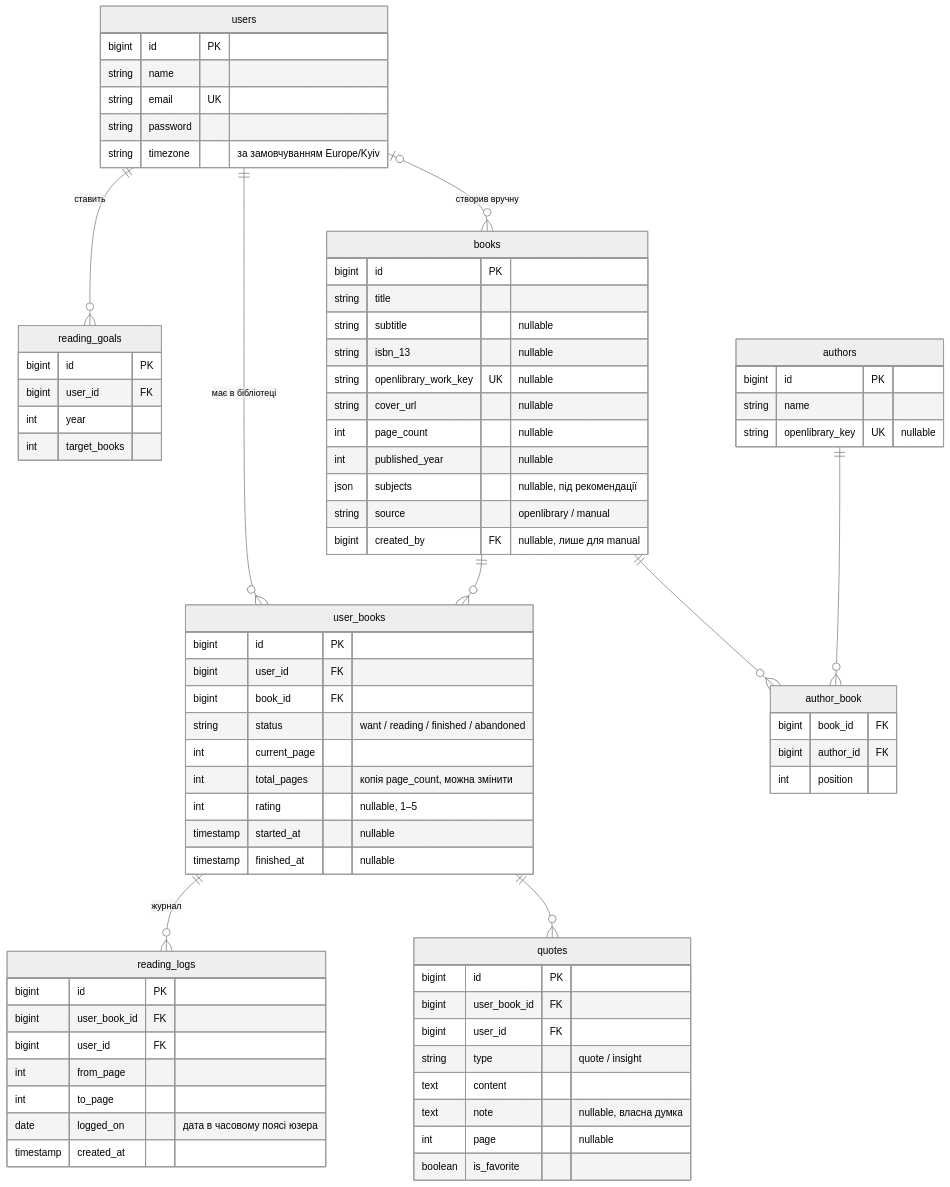
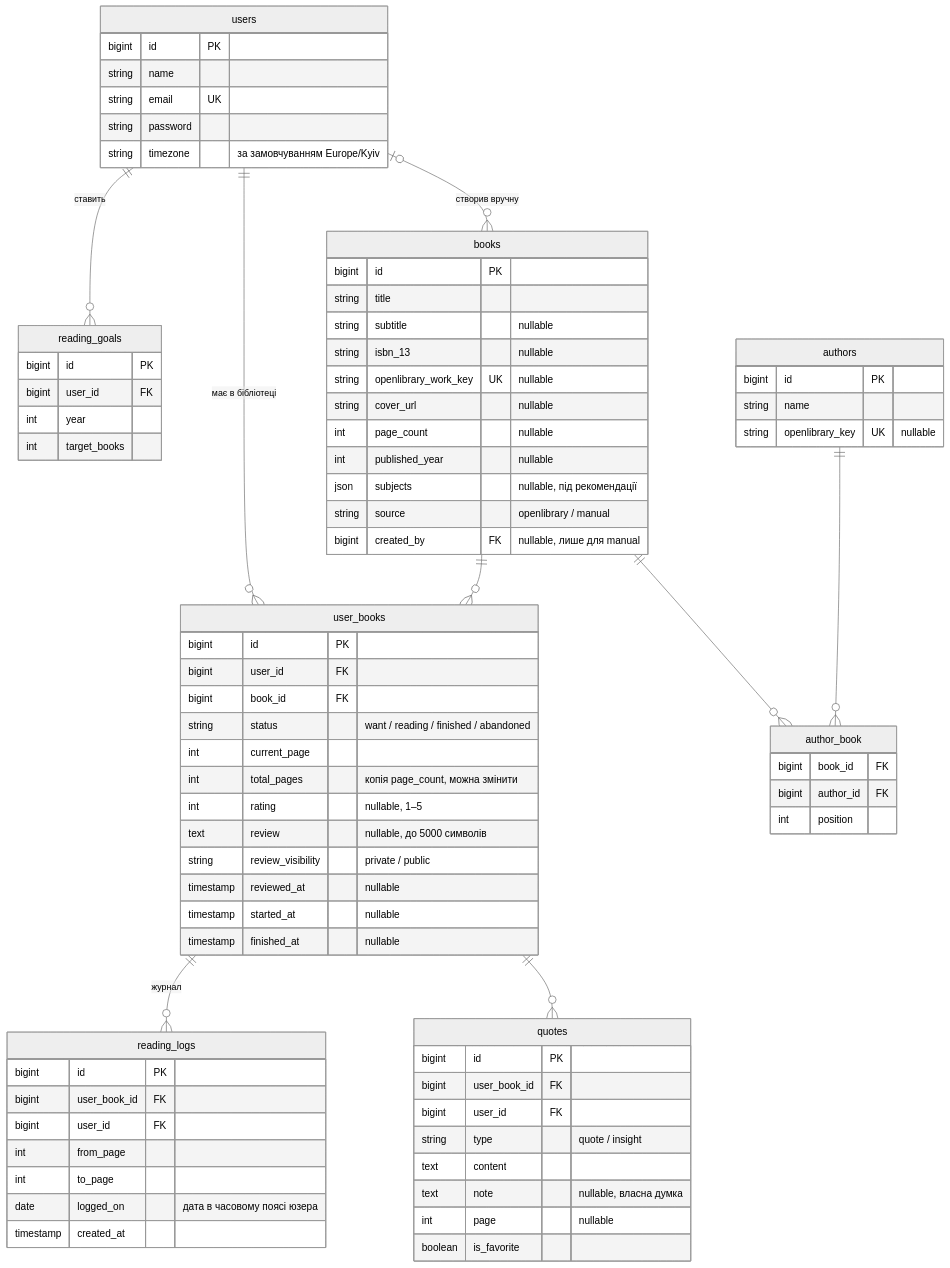
Before and after one commit to SashaCN/Bookshelf: the diagram in docs/mvp-plan.md, drawn with Mermaid (neutral theme). The commit also changed other lines of this file and 14 other files, not shown here.

````diff
--- a/docs/mvp-plan.md
+++ b/docs/mvp-plan.md
@@ -93,78 +93,81 @@
 ```mermaid
 erDiagram
     users ||--o{ user_books : "має в бібліотеці"
     users ||--o{ reading_goals : "ставить"
     users |o--o{ books : "створив вручну"
     books ||--o{ user_books : ""
     books ||--o{ author_book : ""
     authors ||--o{ author_book : ""
     user_books ||--o{ reading_logs : "журнал"
     user_books ||--o{ quotes : ""
 
     users {
         bigint id PK
         string name
         string email UK
         string password
         string timezone "за замовчуванням Europe/Kyiv"
     }
     books {
         bigint id PK
         string title
         string subtitle "nullable"
         string isbn_13 "nullable"
         string openlibrary_work_key UK "nullable"
         string cover_url "nullable"
         int page_count "nullable"
         int published_year "nullable"
         json subjects "nullable, під рекомендації"
         string source "openlibrary / manual"
         bigint created_by FK "nullable, лише для manual"
     }
     authors {
         bigint id PK
         string name
         string openlibrary_key UK "nullable"
     }
     author_book {
         bigint book_id FK
         bigint author_id FK
         int position
     }
     user_books {
         bigint id PK
         bigint user_id FK
         bigint book_id FK
         string status "want / reading / finished / abandoned"
         int current_page
         int total_pages "копія page_count, можна змінити"
         int rating "nullable, 1–5"
+        text review "nullable, до 5000 символів"
+        string review_visibility "private / public"
+        timestamp reviewed_at "nullable"
         timestamp started_at "nullable"
         timestamp finished_at "nullable"
     }
     reading_logs {
         bigint id PK
         bigint user_book_id FK
         bigint user_id FK
         int from_page
         int to_page
         date logged_on "дата в часовому поясі юзера"
         timestamp created_at
     }
     quotes {
         bigint id PK
         bigint user_book_id FK
         bigint user_id FK
         string type "quote / insight"
         text content
         text note "nullable, власна думка"
         int page "nullable"
         boolean is_favorite
     }
     reading_goals {
         bigint id PK
         bigint user_id FK
         int year
         int target_books
     }
 ```
````
